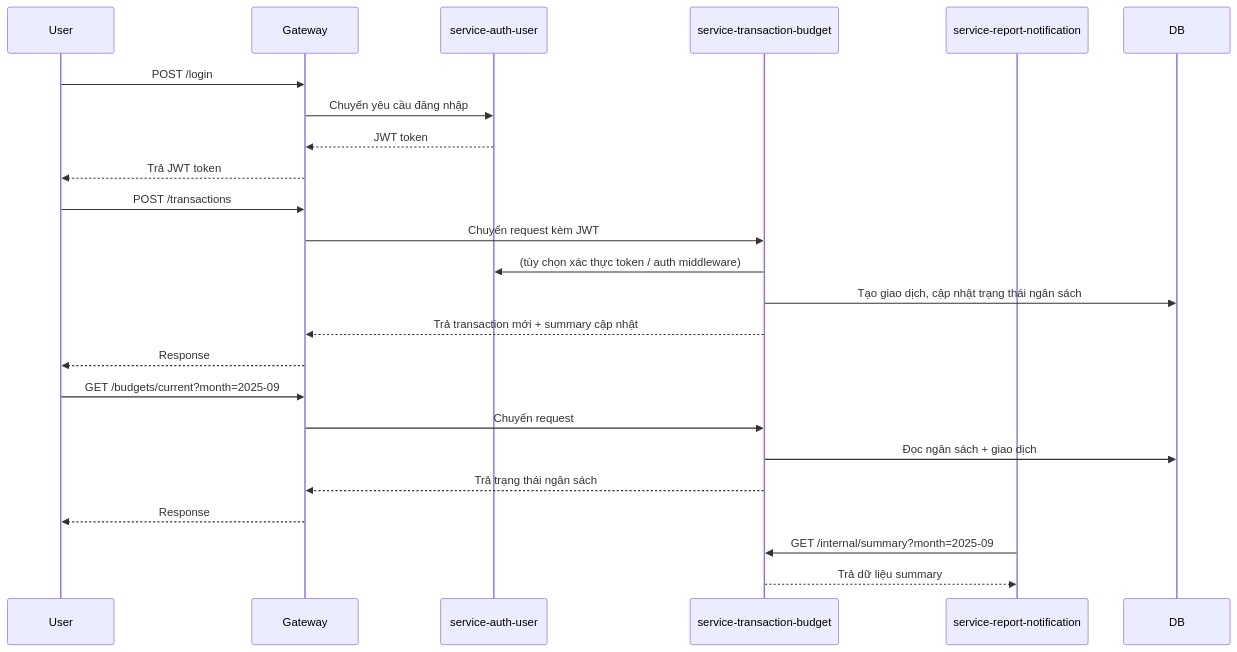
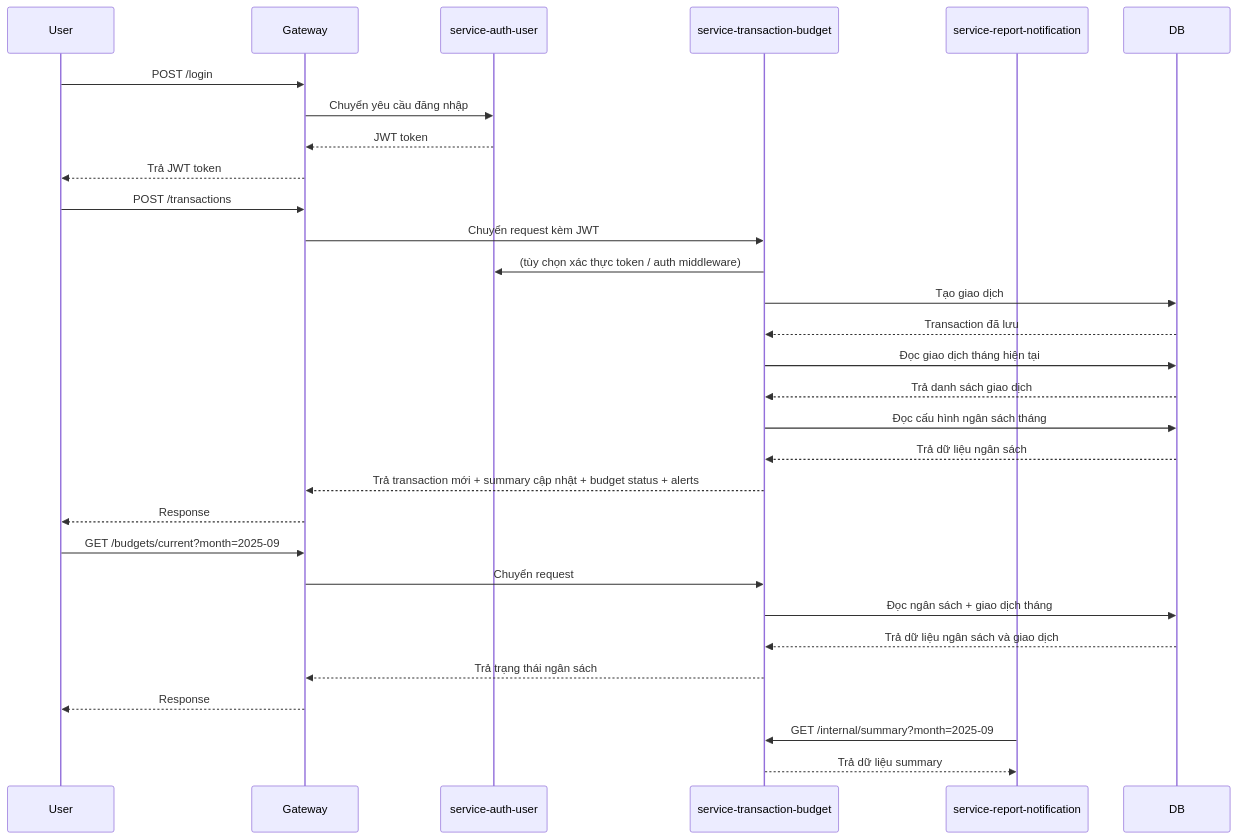
The diagram in docs/analysis-and-design.md (iAmKo0L/Personal-Finance), drawn with Mermaid before and after one commit. The commit also changed 3 other files, not shown here.

````diff
--- a/docs/analysis-and-design.md
+++ b/docs/analysis-and-design.md
@@ -114,29 +114,35 @@
 ```mermaid
 sequenceDiagram
     participant U as User
     participant GW as Gateway
     participant AUTH as service-auth-user
     participant TB as service-transaction-budget
     participant RN as service-report-notification
 
     U->>GW: POST /login
     GW->>AUTH: Chuyển yêu cầu đăng nhập
     AUTH-->>GW: JWT token
     GW-->>U: Trả JWT token
 
     U->>GW: POST /transactions
     GW->>TB: Chuyển request kèm JWT
     TB->>AUTH: (tùy chọn xác thực token / auth middleware)
-    TB->>DB: Tạo giao dịch, cập nhật trạng thái ngân sách
-    TB-->>GW: Trả transaction mới + summary cập nhật
+    TB->>DB: Tạo giao dịch
+    DB-->>TB: Transaction đã lưu
+    TB->>DB: Đọc giao dịch tháng hiện tại
+    DB-->>TB: Trả danh sách giao dịch
+    TB->>DB: Đọc cấu hình ngân sách tháng
+    DB-->>TB: Trả dữ liệu ngân sách
+    TB-->>GW: Trả transaction mới + summary cập nhật + budget status + alerts
     GW-->>U: Response
 
     U->>GW: GET /budgets/current?month=2025-09
     GW->>TB: Chuyển request
-    TB->>DB: Đọc ngân sách + giao dịch
+    TB->>DB: Đọc ngân sách + giao dịch tháng
+    DB-->>TB: Trả dữ liệu ngân sách và giao dịch
     TB-->>GW: Trả trạng thái ngân sách
     GW-->>U: Response
 
     RN->>TB: GET /internal/summary?month=2025-09
     TB-->>RN: Trả dữ liệu summary
 ```
````
